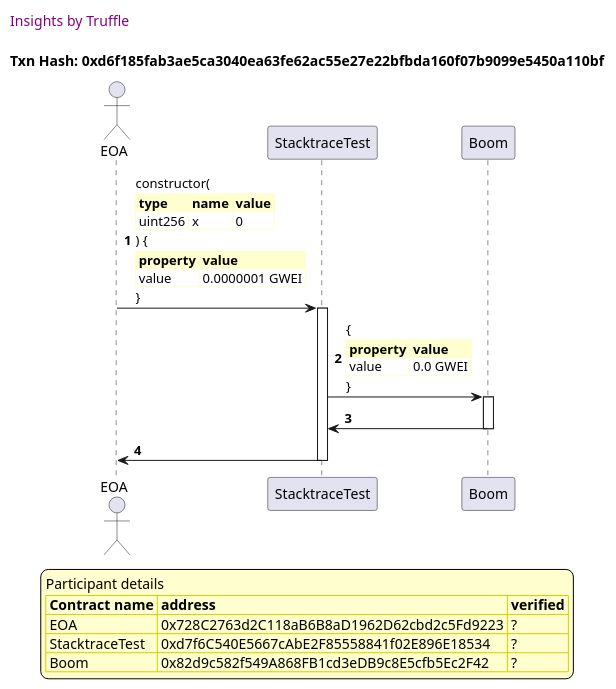
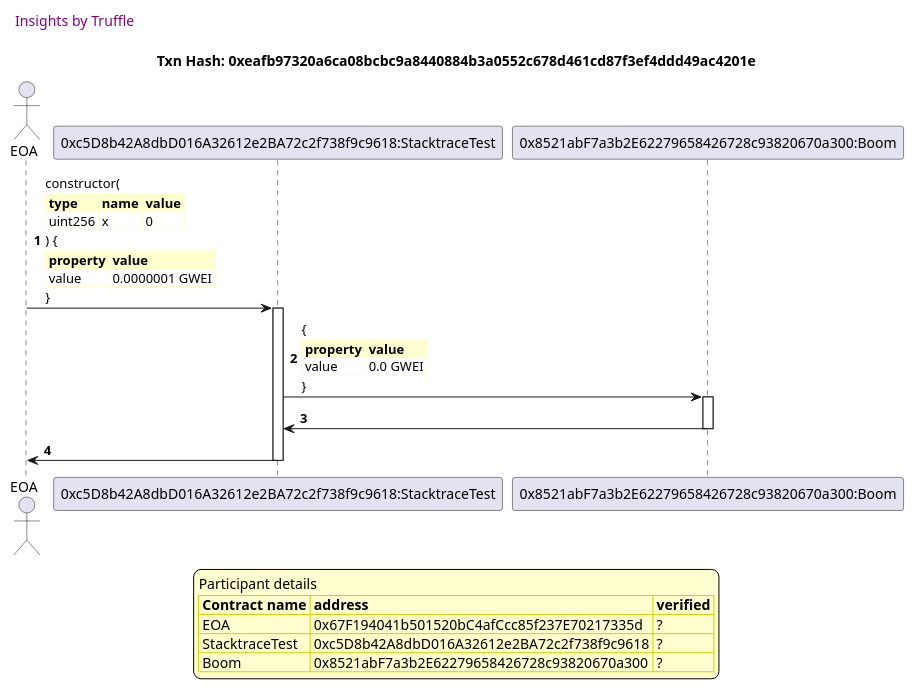
The tenth of 11 diagrams in truffle-seq/stacktrace.test.md (trufflesuite/txlog-seedlings), drawn with PlantUML before and after one commit. The commit also changed other lines of this file and 3 other files, not shown here.

````diff
--- a/truffle-seq/stacktrace.test.md
+++ b/truffle-seq/stacktrace.test.md
@@ -727,58 +727,58 @@
 ```plantuml
 
 
 @startuml
 
 autonumber
 skinparam legendBackgroundColor #FEFECE
 
 <style>
       header {
         HorizontalAlignment left
         FontColor purple
         FontSize 14
         Padding 10
       }
     </style>
 
 header Insights by Truffle
 
-title Txn Hash: 0xd6f185fab3ae5ca3040ea63fe62ac55e27e22bfbda160f07b9099e5450a110bf
+title Txn Hash: 0xeafb97320a6ca08bcbc9a8440884b3a0552c678d461cd87f3ef4ddd49ac4201e
 
 
 actor EOA as "EOA"
 
-participant StacktraceTest as "StacktraceTest"
+participant StacktraceTest as "0xc5D8b42A8dbD016A32612e2BA72c2f738f9c9618:StacktraceTest"
 
-participant Boom as "Boom"
+participant Boom as "0x8521abF7a3b2E62279658426728c93820670a300:Boom"
 
 "EOA" -> "StacktraceTest" ++: constructor(\n\
 <#FEFECE,#FEFECE>|= type |= name |= value |\n\
 | uint256 | x | 0 |\n\
 ) {\n\
 <#FEFECE,#FEFECE>|= property |= value|\n\
 | value | 0.0000001 GWEI |\n\
 }
 
 "StacktraceTest" -> "Boom" ++: {\n\
 <#FEFECE,#FEFECE>|= property |= value|\n\
 | value | 0.0 GWEI |\n\
 }
 
 "Boom" -> "StacktraceTest" --: 
 
 "StacktraceTest" -> "EOA" --: 
 
 
 
 legend
 Participant details
 <#FEFECE,#D0D000>|= Contract name |= address |= verified |
-<#FEFECE>| EOA | 0x728C2763d2C118aB6B8aD1962D62cbd2c5Fd9223 | ? |
-<#FEFECE>| StacktraceTest | 0xd7f6C540E5667cAbE2F85558841f02E896E18534 | ? |
-<#FEFECE>| Boom | 0x82d9c582f549A868FB1cd3eDB9c8E5cfb5Ec2F42 | ? |
+<#FEFECE>| EOA | 0x67F194041b501520bC4afCcc85f237E70217335d | ? |
+<#FEFECE>| StacktraceTest | 0xc5D8b42A8dbD016A32612e2BA72c2f738f9c9618 | ? |
+<#FEFECE>| Boom | 0x8521abF7a3b2E62279658426728c93820670a300 | ? |
 endlegend
 
 
 @enduml
 ```
````
